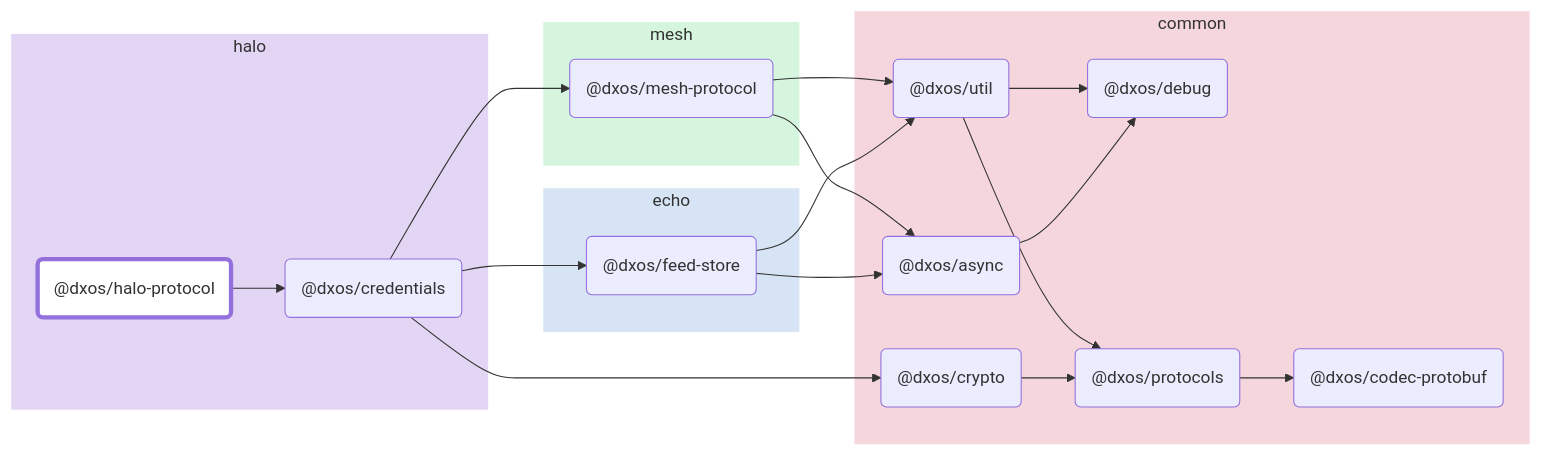
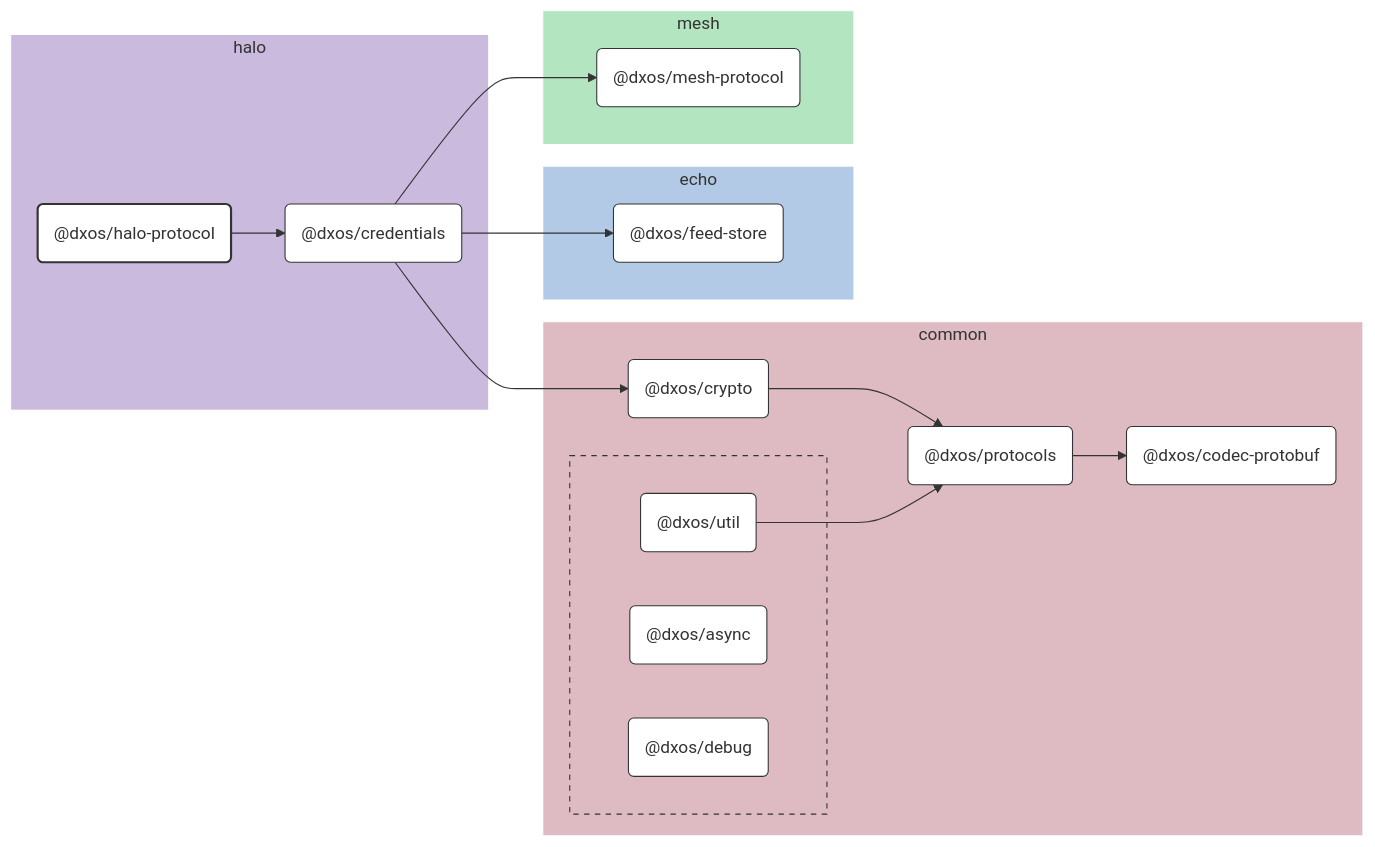
The diagram in packages/halo/halo-protocol/docs/README.md (dxos/dxos), drawn with Mermaid before and after one commit. The commit also changed 100 other files, not shown here.

````diff
--- a/packages/halo/halo-protocol/docs/README.md
+++ b/packages/halo/halo-protocol/docs/README.md
@@ -7,55 +7,79 @@
 ```mermaid
-flowchart LR;
+%%{ init: {'flowchart':{'curve':'basis'}} }%%
 
-style dxos/halo-protocol fill:#fff,stroke-width:4px;
+flowchart LR
 
-click dxos/async "https:/github.com/dxos/dxos/tree/main/packages/common/async/docs";
-click dxos/debug "https:/github.com/dxos/dxos/tree/main/packages/common/debug/docs";
-click dxos/codec-protobuf "https:/github.com/dxos/dxos/tree/main/packages/common/codec-protobuf/docs";
-click dxos/credentials "https:/github.com/dxos/dxos/tree/main/packages/halo/credentials/docs";
-click dxos/crypto "https:/github.com/dxos/dxos/tree/main/packages/common/crypto/docs";
-click dxos/feed-store "https:/github.com/dxos/dxos/tree/main/packages/echo/feed-store/docs";
-click dxos/mesh-protocol "https:/github.com/dxos/dxos/tree/main/packages/mesh/mesh-protocol/docs";
-click dxos/protocols "https:/github.com/dxos/dxos/tree/main/packages/common/protocols/docs";
-click dxos/util "https:/github.com/dxos/dxos/tree/main/packages/common/util/docs";
+%% Links
+dxos/credentials --> dxos/crypto;
+dxos/credentials --> dxos/feed-store;
+dxos/credentials --> dxos/mesh-protocol;
+dxos/crypto --> dxos/protocols;
+dxos/halo-protocol --> dxos/credentials;
+dxos/protocols --> dxos/codec-protobuf;
+dxos/util --> dxos/protocols;
 
+%% Sections
 subgraph halo
-  style halo fill:#e3d6f5,stroke:#fff;
-  dxos/halo-protocol("@dxos/halo-protocol");
-  dxos/credentials("@dxos/credentials");
+  style halo fill:#cabade,stroke:#fff;
+
+  dxos/credentials("@dxos/credentials")
+  dxos/halo-protocol("@dxos/halo-protocol")
 end
 
 subgraph common
-  style common fill:#f5d6dd,stroke:#fff;
-  dxos/async("@dxos/async");
-  dxos/debug("@dxos/debug");
-  dxos/codec-protobuf("@dxos/codec-protobuf");
-  dxos/crypto("@dxos/crypto");
-  dxos/protocols("@dxos/protocols");
-  dxos/util("@dxos/util");
+  style common fill:#debac2,stroke:#fff;
+
+  dxos/codec-protobuf("@dxos/codec-protobuf")
+  dxos/crypto("@dxos/crypto")
+  dxos/protocols("@dxos/protocols")
+
+  subgraph common-excluded [ ]
+    style common-excluded fill:#debac2,stroke:#333,stroke-dasharray:5 5;
+
+    dxos/async("@dxos/async")
+    dxos/debug("@dxos/debug")
+    dxos/util("@dxos/util")
+  end
 end
 
 subgraph echo
-  style echo fill:#d6e4f5,stroke:#fff;
-  dxos/feed-store("@dxos/feed-store");
+  style echo fill:#b3cae6,stroke:#fff;
+
+  dxos/feed-store("@dxos/feed-store")
 end
 
 subgraph mesh
-  style mesh fill:#d6f5de,stroke:#fff;
-  dxos/mesh-protocol("@dxos/mesh-protocol");
+  style mesh fill:#b3e6c0,stroke:#fff;
+
+  dxos/mesh-protocol("@dxos/mesh-protocol")
 end
 
-dxos/async --> dxos/debug;
-dxos/halo-protocol --> dxos/credentials;
-dxos/credentials --> dxos/crypto;
-dxos/crypto --> dxos/protocols;
-dxos/protocols --> dxos/codec-protobuf;
-dxos/credentials --> dxos/feed-store;
-dxos/feed-store --> dxos/async;
-dxos/feed-store --> dxos/util;
-dxos/util --> dxos/debug;
-dxos/util --> dxos/protocols;
-dxos/credentials --> dxos/mesh-protocol;
-dxos/mesh-protocol --> dxos/async;
-dxos/mesh-protocol --> dxos/util;
+
+%% Hyperlinks
+click dxos/async href "https:/github.com/dxos/dxos/tree/main/packages/common/async/docs";
+click dxos/codec-protobuf href "https:/github.com/dxos/dxos/tree/main/packages/common/codec-protobuf/docs";
+click dxos/credentials href "https:/github.com/dxos/dxos/tree/main/packages/halo/credentials/docs";
+click dxos/crypto href "https:/github.com/dxos/dxos/tree/main/packages/common/crypto/docs";
+click dxos/debug href "https:/github.com/dxos/dxos/tree/main/packages/common/debug/docs";
+click dxos/feed-store href "https:/github.com/dxos/dxos/tree/main/packages/echo/feed-store/docs";
+click dxos/mesh-protocol href "https:/github.com/dxos/dxos/tree/main/packages/mesh/mesh-protocol/docs";
+click dxos/protocols href "https:/github.com/dxos/dxos/tree/main/packages/common/protocols/docs";
+click dxos/util href "https:/github.com/dxos/dxos/tree/main/packages/common/util/docs";
+
+%% Styles
+classDef rootNode fill:#fff,stroke:#333,stroke-width:2px
+classDef defaultNode fill:#fff,stroke:#333,stroke-width:1px
+linkStyle default stroke:#333,stroke-width:1px
+
+dxos/halo-protocol:::rootNode
+
+dxos/async:::defaultNode
+dxos/codec-protobuf:::defaultNode
+dxos/credentials:::defaultNode
+dxos/crypto:::defaultNode
+dxos/debug:::defaultNode
+dxos/feed-store:::defaultNode
+dxos/mesh-protocol:::defaultNode
+dxos/protocols:::defaultNode
+dxos/util:::defaultNode
 ```
````
